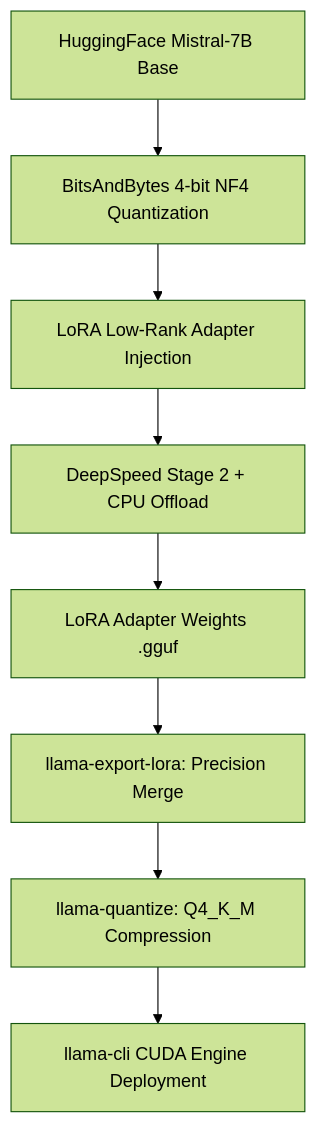
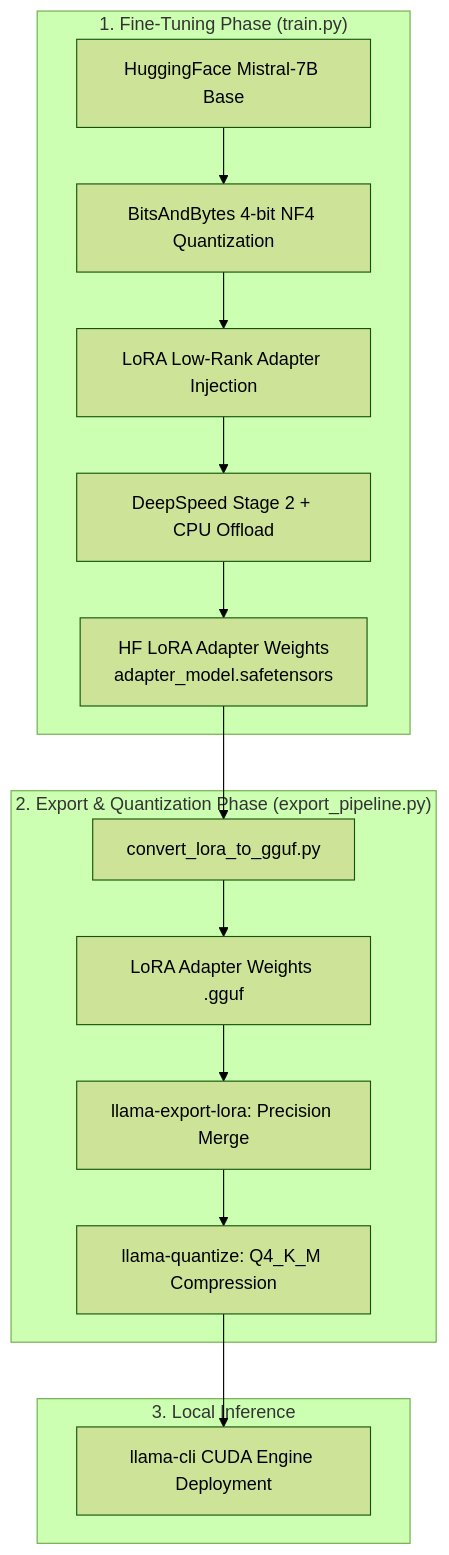
The diagram in README.md (Piano-V/Edge-LLM-Deployment-Quantization-Pipeline), drawn with Mermaid (forest theme) before and after one commit. The commit also changed other lines of this file and 2 other files, not shown here.

Commit message:
Updated templates for Model Building Through CLI

````diff
--- a/README.md
+++ b/README.md
@@ -17,10 +17,20 @@
 ```mermaid
 graph TD
-    A[HuggingFace Mistral-7B Base] --> B[BitsAndBytes 4-bit NF4 Quantization]
-    B --> C[LoRA Low-Rank Adapter Injection]
-    C --> D[DeepSpeed Stage 2 + CPU Offload]
-    D --> E[LoRA Adapter Weights .gguf]
-    E --> F[llama-export-lora: Precision Merge]
-    F --> G[llama-quantize: Q4_K_M Compression]
-    G --> H[llama-cli CUDA Engine Deployment]
+    subgraph FineTuning ["1. Fine-Tuning Phase (train.py)"]
+        A[HuggingFace Mistral-7B Base] --> B[BitsAndBytes 4-bit NF4 Quantization]
+        B --> C[LoRA Low-Rank Adapter Injection]
+        C --> D[DeepSpeed Stage 2 + CPU Offload]
+        D --> E[HF LoRA Adapter Weights <br> adapter_model.safetensors]
+    end
+
+    subgraph ExportQuant ["2. Export & Quantization Phase (export_pipeline.py)"]
+        E --> F[convert_lora_to_gguf.py]
+        F --> G[LoRA Adapter Weights .gguf]
+        G --> H[llama-export-lora: Precision Merge]
+        H --> I[llama-quantize: Q4_K_M Compression]
+    end
+
+    subgraph Inference ["3. Local Inference"]
+        I --> J[llama-cli CUDA Engine Deployment]
+    end
 ```
````
